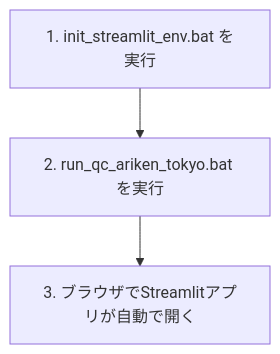
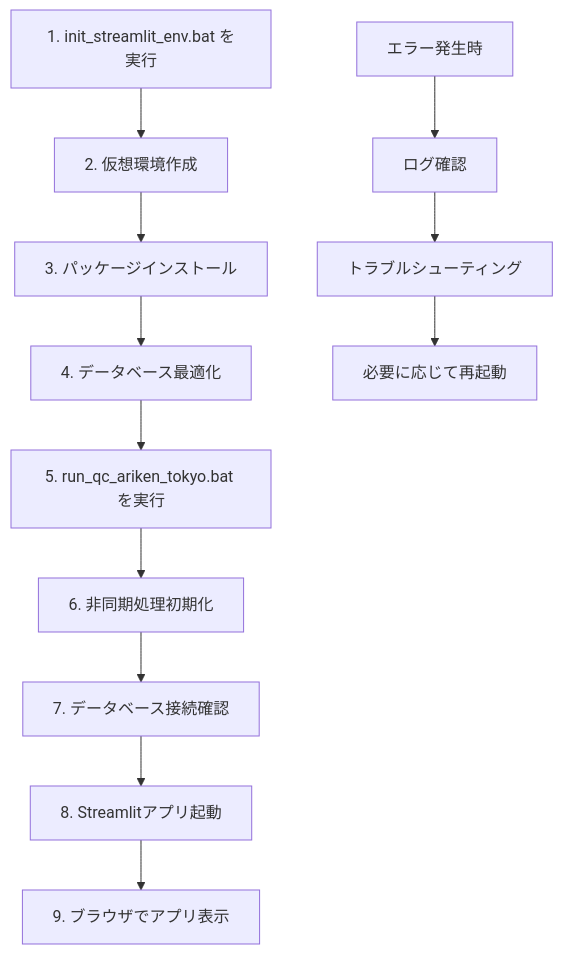
Before and after one commit to takashi-oi/qc_ariken_tpkyo: the diagram in docs/バッチ起動手順書.md, drawn with Mermaid. The commit also changed other lines of this file and 28 other files, not shown here.

````diff
--- a/docs/バッチ起動手順書.md
+++ b/docs/バッチ起動手順書.md
@@ -26,5 +121,15 @@
 ```mermaid
 flowchart TD
-    A["1. init_streamlit_env.bat を実行"] --> B["2. run_qc_ariken_tokyo.bat を実行"]
-    B --> C["3. ブラウザでStreamlitアプリが自動で開く"]
-``` 
+    A["1. init_streamlit_env.bat を実行"] --> B["2. 仮想環境作成"]
+    B --> C["3. パッケージインストール"]
+    C --> D["4. データベース最適化"]
+    D --> E["5. run_qc_ariken_tokyo.bat を実行"]
+    E --> F["6. 非同期処理初期化"]
+    F --> G["7. データベース接続確認"]
+    G --> H["8. Streamlitアプリ起動"]
+    H --> I["9. ブラウザでアプリ表示"]
+
+    J["エラー発生時"] --> K["ログ確認"]
+    K --> L["トラブルシューティング"]
+    L --> M["必要に応じて再起動"]
+```
````
